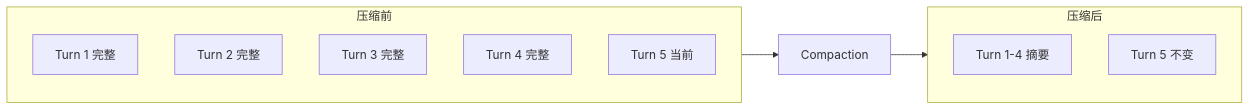
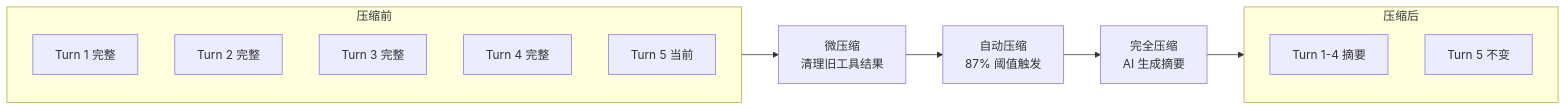
Before and after one commit to stevenchouai/claude-code-sourcemap: the second of 4 diagrams in docs/zh/7-context.md, drawn with Mermaid. The commit also changed other lines of this file and 10 other files, not shown here.

````diff
--- a/docs/zh/7-context.md
+++ b/docs/zh/7-context.md
@@ -25,21 +39,23 @@
 ```mermaid
 flowchart LR
     subgraph Before ["压缩前"]
         direction TB
         M1["Turn 1 完整"]
         M2["Turn 2 完整"]
         M3["Turn 3 完整"]
         M4["Turn 4 完整"]
         M5["Turn 5 当前"]
     end
 
-    Before --> C["Compaction"]
+    Before --> L1["微压缩<br/>清理旧工具结果"]
+    L1 --> L2["自动压缩<br/>87% 阈值触发"]
+    L2 --> L3["完全压缩<br/>AI 生成摘要"]
 
     subgraph After ["压缩后"]
         direction TB
         S["Turn 1-4 摘要"]
         M5b["Turn 5 不变"]
     end
 
-    C --> After
+    L3 --> After
 ```
````
